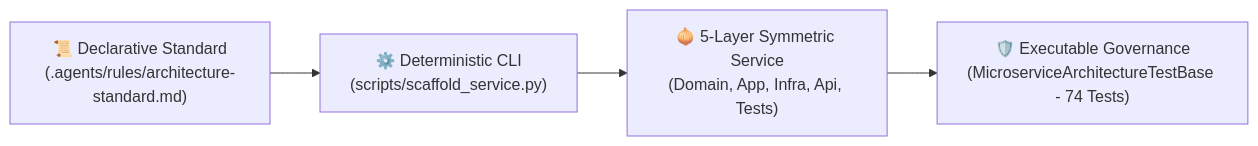
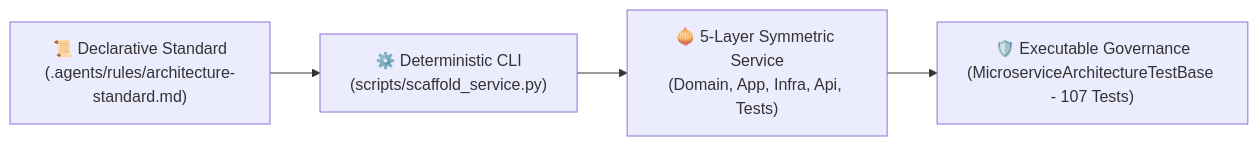
The third of 4 diagrams in README.md (enesonmez/shuffleseries_microservices), drawn with Mermaid before and after one commit. The commit also changed other lines of this file and 140 other files, not shown here.

````diff
--- a/README.md
+++ b/README.md
@@ -354,6 +372,6 @@
 ```mermaid
 flowchart LR
     Rule["📜 Declarative Standard\n(.agents/rules/architecture-standard.md)"] --> Scaffold["⚙️ Deterministic CLI\n(scripts/scaffold_service.py)"]
     Scaffold --> Onion["🧅 5-Layer Symmetric Service\n(Domain, App, Infra, Api, Tests)"]
-    Onion --> Fitness["🛡️ Executable Governance\n(MicroserviceArchitectureTestBase - 74 Tests)"]
+    Onion --> Fitness["🛡️ Executable Governance\n(MicroserviceArchitectureTestBase - 107 Tests)"]
 ```
````
